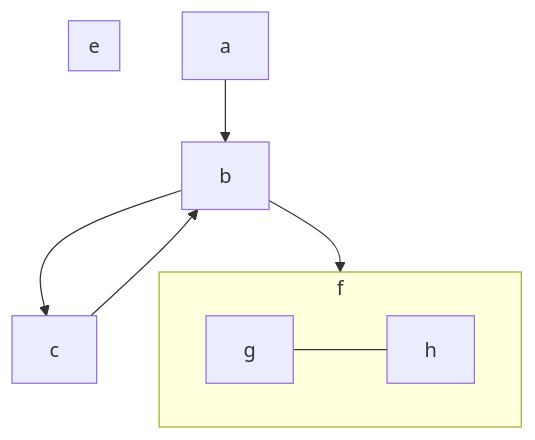
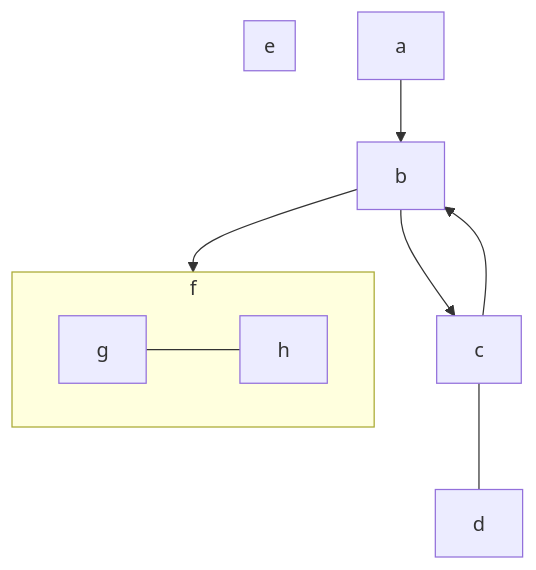
The first of 3 diagrams in README.md (rpembry/mermaid), drawn with Mermaid before and after one commit. The commit also changed other lines of this file, not shown here.

````diff
--- a/README.md
+++ b/README.md
@@ -5,13 +5,13 @@
 ```mermaid
 graph TD
     a-->b
     b-->c
     c-->b
+    c---d
     subgraph e
     end
     subgraph f
         g---h
     end
     b-->f
-
 ```
````
